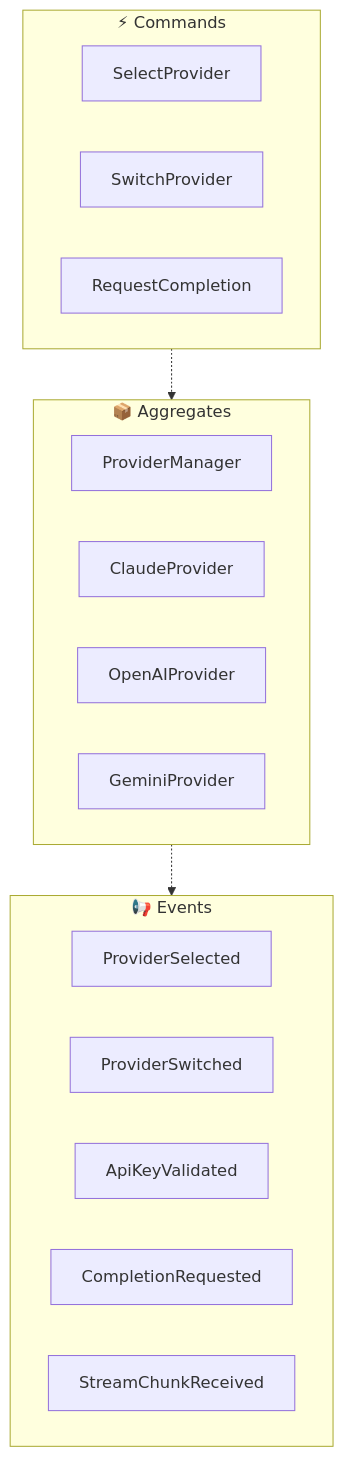
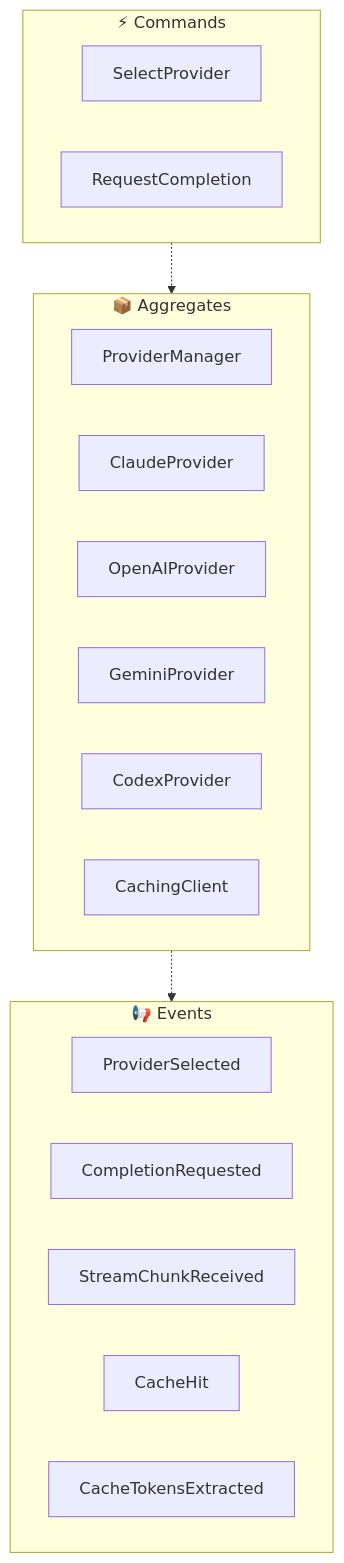
Before and after one commit to sengac/fspec: the third of 5 diagrams in codelet/spec/FOUNDATION.md, drawn with Mermaid. The commit also changed other lines of this file and 39 other files, not shown here.

````diff
--- a/codelet/spec/FOUNDATION.md
+++ b/codelet/spec/FOUNDATION.md
@@ -133,26 +129,27 @@
 ```mermaid
 flowchart TB
   subgraph Commands["⚡ Commands"]
-    C54[SelectProvider]
-    C55[SwitchProvider]
-    C56[RequestCompletion]
+    C52[SelectProvider]
+    C53[RequestCompletion]
   end
 
   subgraph Aggregates["📦 Aggregates"]
-    A9[ProviderManager]
-    A10[ClaudeProvider]
-    A11[OpenAIProvider]
-    A12[GeminiProvider]
+    A7[ProviderManager]
+    A8[ClaudeProvider]
+    A9[OpenAIProvider]
+    A10[GeminiProvider]
+    A11[CodexProvider]
+    A12[CachingClient]
   end
 
   subgraph Events["📢 Events"]
-    E32[ProviderSelected]
-    E33[ProviderSwitched]
-    E34[ApiKeyValidated]
+    E34[ProviderSelected]
     E35[CompletionRequested]
     E36[StreamChunkReceived]
+    E37[CacheHit]
+    E38[CacheTokensExtracted]
   end
 
   Commands -.-> Aggregates
   Aggregates -.-> Events
 ```
````
